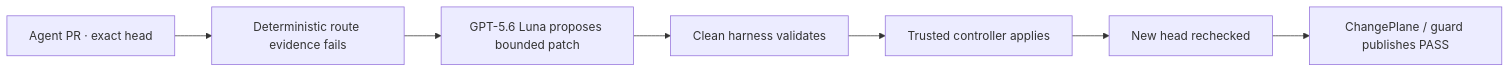
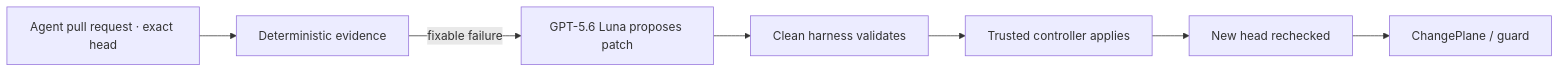
Before and after one commit to LeChiffreVol2/changeplane: the diagram in README.md, drawn with Mermaid. The commit also changed other lines of this file and 20 other files, not shown here.

````diff
--- a/README.md
+++ b/README.md
@@ -116,9 +24,9 @@
 ```mermaid
 flowchart LR
-    A["Agent PR · exact head"] --> B["Deterministic route evidence fails"]
-    B --> C["GPT-5.6 Luna proposes bounded patch"]
+    A["Agent pull request · exact head"] --> B["Deterministic evidence"]
+    B -->|"fixable failure"| C["GPT-5.6 Luna proposes patch"]
     C --> D["Clean harness validates"]
     D --> E["Trusted controller applies"]
     E --> F["New head rechecked"]
-    F --> G["ChangePlane / guard publishes PASS"]
+    F --> G["ChangePlane / guard"]
 ```
````
